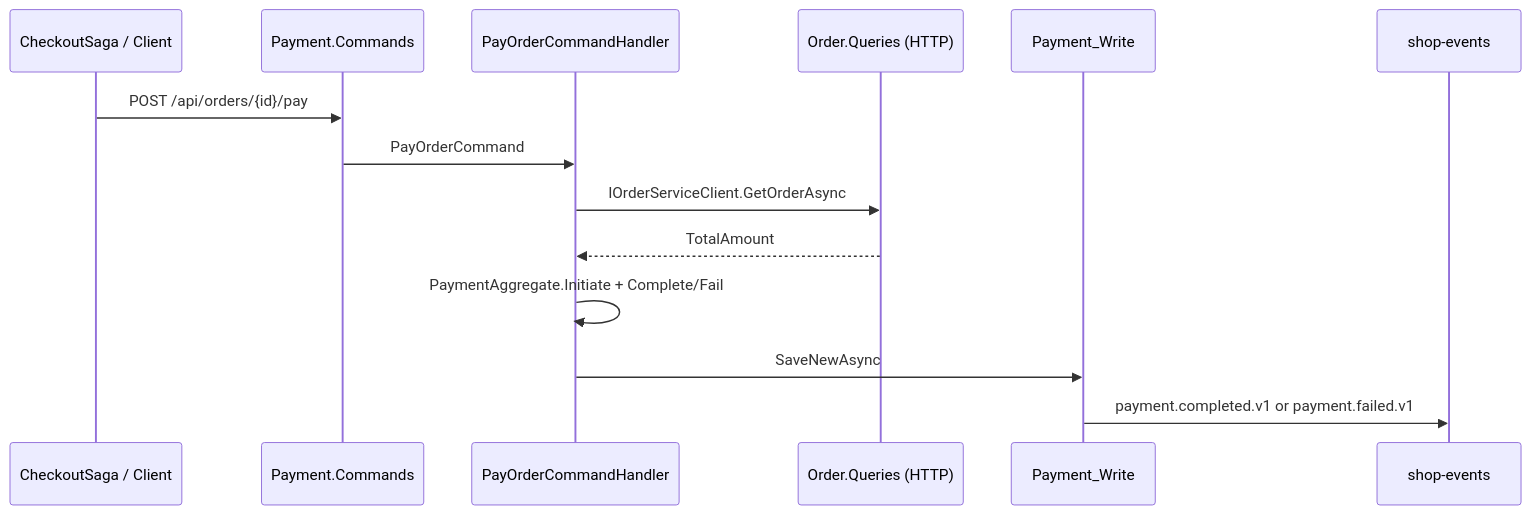
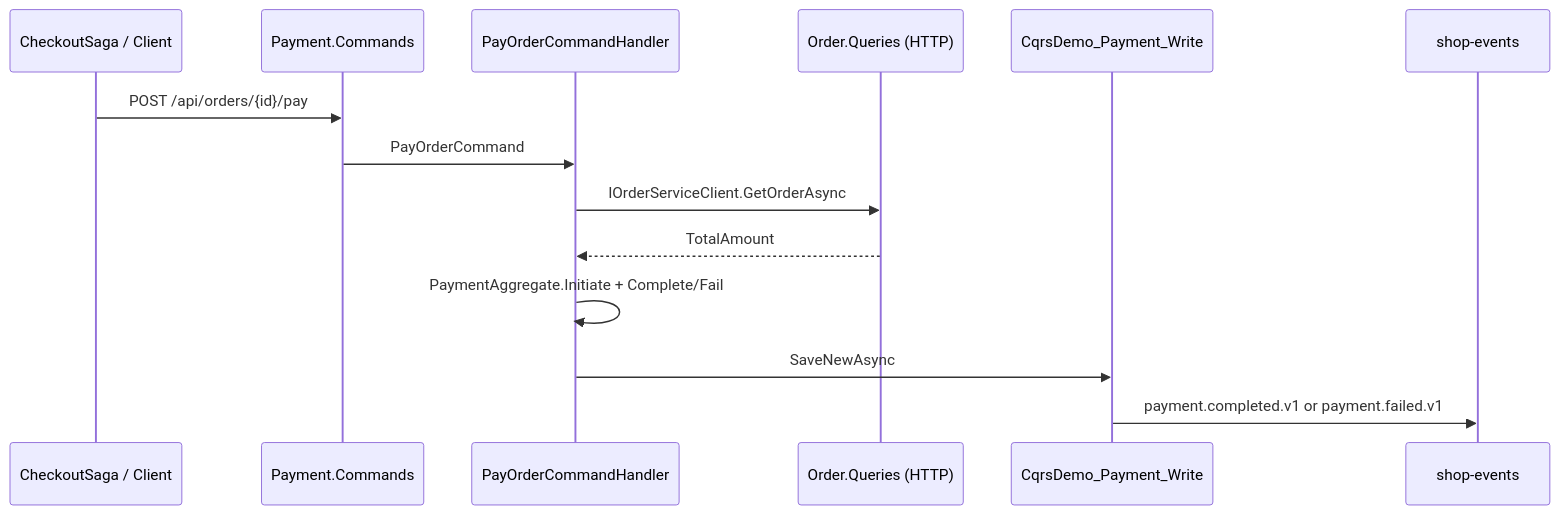
One commit to newbiecse/CQRS changed the seventh of 7 diagrams in CODE-FLOWS.md. Above: the diagram before and after it, drawn with Mermaid. The commit also changed other lines of this file and 51 other files, not shown here.

````diff
--- a/CODE-FLOWS.md
+++ b/CODE-FLOWS.md
@@ -288,17 +288,17 @@
 ```mermaid
 sequenceDiagram
     participant Saga as CheckoutSaga / Client
     participant PayAPI as Payment.Commands
     participant Handler as PayOrderCommandHandler
     participant OQ as Order.Queries (HTTP)
-    participant PayES as Payment_Write
+    participant PayES as CqrsDemo_Payment_Write
     participant Bus as shop-events
 
     Saga->>PayAPI: POST /api/orders/{id}/pay
     PayAPI->>Handler: PayOrderCommand
     Handler->>OQ: IOrderServiceClient.GetOrderAsync
     OQ-->>Handler: TotalAmount
     Handler->>Handler: PaymentAggregate.Initiate + Complete/Fail
     Handler->>PayES: SaveNewAsync
     PayES->>Bus: payment.completed.v1 or payment.failed.v1
 ```
````
